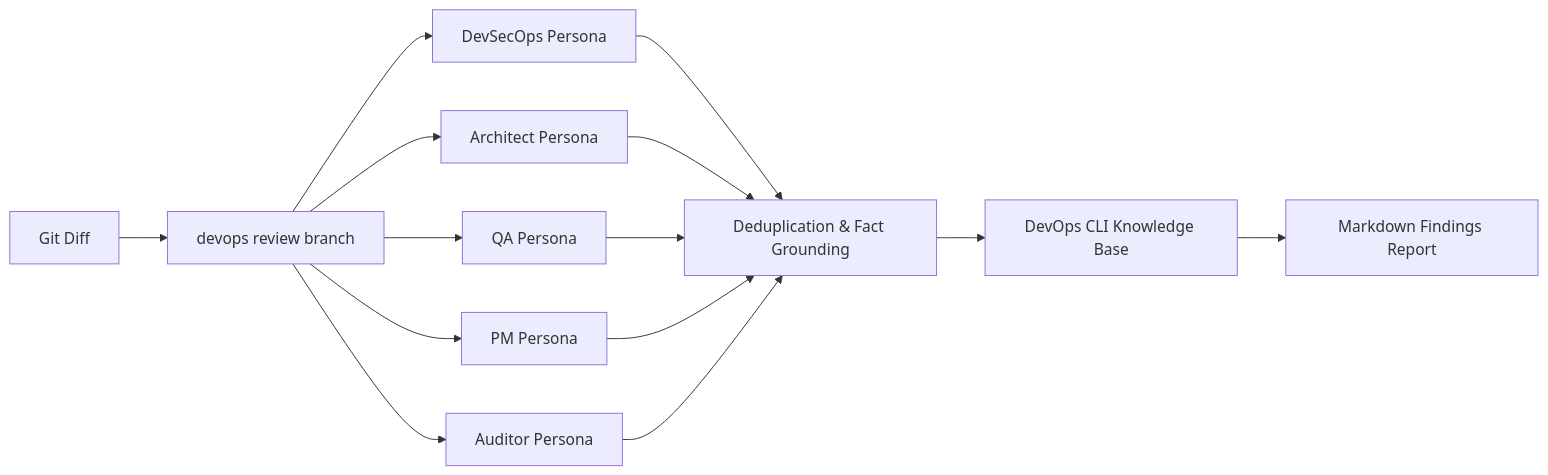
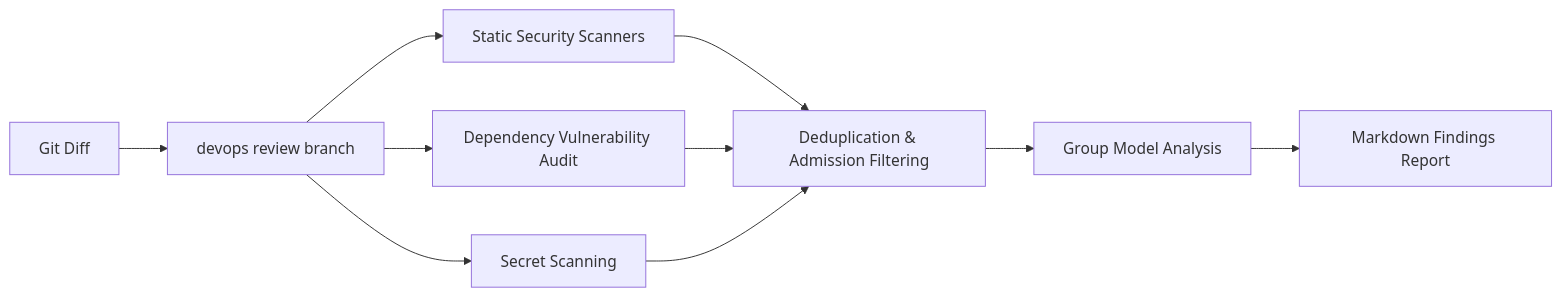
The sixth of 8 diagrams in docs/SDLC.md (dan-petty/devops-cli), drawn with Mermaid before and after one commit. The commit also changed other lines of this file and 37 other files, not shown here.

````diff
--- a/docs/SDLC.md
+++ b/docs/SDLC.md
@@ -215,12 +215,10 @@
 ```mermaid
 flowchart LR
     Diff[Git Diff] --> Engine[devops review branch]
-    Engine --> P_Sec[DevSecOps Persona]
-    Engine --> P_Arch[Architect Persona]
-    Engine --> P_QA[QA Persona]
-    Engine --> P_PM[PM Persona]
-    Engine --> P_Audit[Auditor Persona]
-    P_Sec & P_Arch & P_QA & P_PM & P_Audit --> Dedupe[Deduplication & Fact Grounding]
-    Dedupe --> KB[DevOps CLI Knowledge Base]
-    KB --> Report[Markdown Findings Report]
+    Engine --> Static[Static Security Scanners]
+    Engine --> Vuln[Dependency Vulnerability Audit]
+    Engine --> Secrets[Secret Scanning]
+    Static & Vuln & Secrets --> Dedupe[Deduplication & Admission Filtering]
+    Dedupe --> Group[Group Model Analysis]
+    Group --> Report[Markdown Findings Report]
 ```
````
